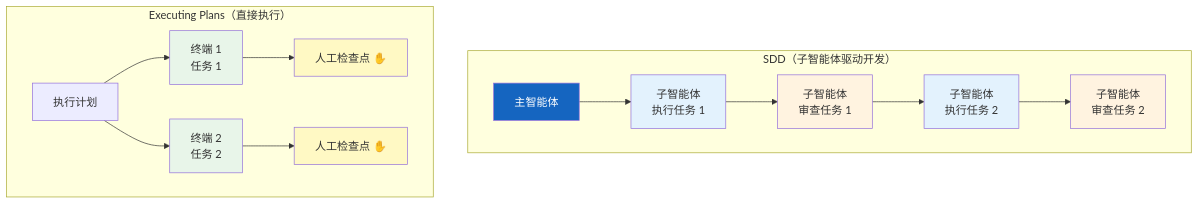
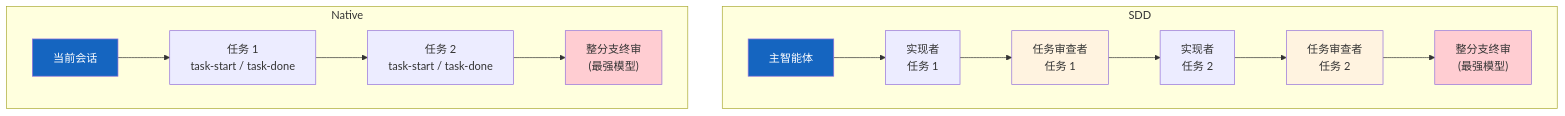
Before and after one commit to yongnianliu/superpowers: the second of 2 diagrams in docs/zh/06-subagent-orchestration.md, drawn with Mermaid. The commit also changed other lines of this file and 12 other files, not shown here.

````diff
--- a/docs/zh/06-subagent-orchestration.md
+++ b/docs/zh/06-subagent-orchestration.md
@@ -126,26 +169,23 @@
 ```mermaid
 graph TB
-    subgraph "SDD（子智能体驱动开发）"
-        S_CTRL["主智能体"] --> S_W1["子智能体<br/>执行任务 1"]
-        S_W1 --> S_R1["子智能体<br/>审查任务 1"]
-        S_R1 --> S_W2["子智能体<br/>执行任务 2"]
-        S_W2 --> S_R2["子智能体<br/>审查任务 2"]
+    subgraph "SDD"
+        S_C["主智能体"] --> S_W1["实现者<br/>任务 1"]
+        S_W1 --> S_R1["任务审查者<br/>任务 1"]
+        S_R1 --> S_W2["实现者<br/>任务 2"]
+        S_W2 --> S_R2["任务审查者<br/>任务 2"]
+        S_R2 --> S_F["整分支终审<br/>(最强模型)"]
     end
 
-    subgraph "Executing Plans（直接执行）"
-        E_P["执行计划"] --> E_T1["终端 1<br/>任务 1"]
-        E_P --> E_T2["终端 2<br/>任务 2"]
-        E_T1 --> E_H1["人工检查点 ✋"]
-        E_T2 --> E_H2["人工检查点 ✋"]
+    subgraph "Native"
+        N_C["当前会话"] --> N_T1["任务 1<br/>task-start / task-done"]
+        N_T1 --> N_T2["任务 2<br/>task-start / task-done"]
+        N_T2 --> N_F["整分支终审<br/>(最强模型)"]
     end
 
-    style S_CTRL fill:#1565C0,color:#fff
-    style S_W1 fill:#E3F2FD
-    style S_W2 fill:#E3F2FD
+    style S_C fill:#1565C0,color:#fff
+    style N_C fill:#1565C0,color:#fff
     style S_R1 fill:#FFF3E0
     style S_R2 fill:#FFF3E0
-    style E_T1 fill:#E8F5E9
-    style E_T2 fill:#E8F5E9
-    style E_H1 fill:#FFF9C4
-    style E_H2 fill:#FFF9C4
+    style S_F fill:#FFCDD2
+    style N_F fill:#FFCDD2
 ```
````
